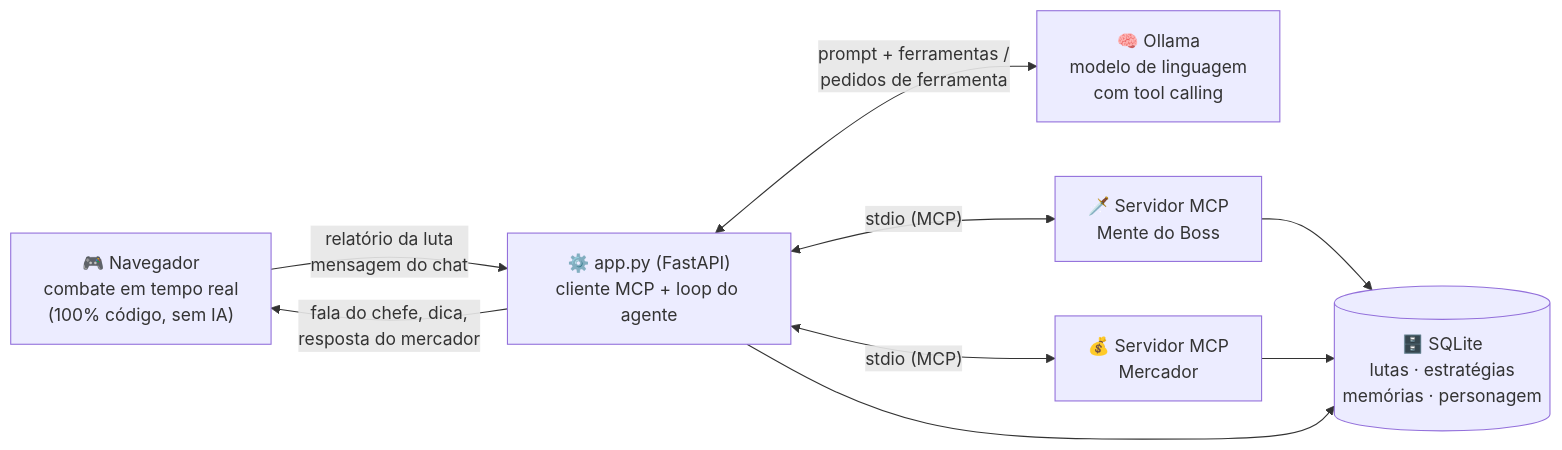
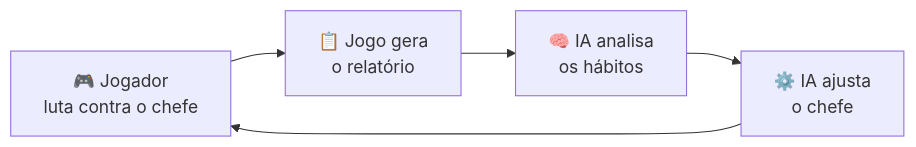
The first of 3 diagrams in docs/fluxograma_ia.md (RadierFalk/cinzas_de_morgorth), drawn with Mermaid before and after one commit. The commit also changed other lines of this file and 8 other files, not shown here.

````diff
--- a/docs/fluxograma_ia.md
+++ b/docs/fluxograma_ia.md
@@ -12,18 +11,7 @@
 ```mermaid
 flowchart LR
-    J["🎮 Navegador<br/>combate em tempo real<br/>(100% código, sem IA)"]
-    A["⚙️ app.py (FastAPI)<br/>cliente MCP + loop do agente"]
-    O["🧠 Ollama<br/>modelo de linguagem<br/>com tool calling"]
-    B["🗡️ Servidor MCP<br/>Mente do Boss"]
-    M["💰 Servidor MCP<br/>Mercador"]
-    D[("🗄️ SQLite<br/>lutas · estratégias<br/>memórias · personagem")]
-
-    J -- "relatório da luta<br/>mensagem do chat" --> A
-    A -- "fala do chefe, dica,<br/>resposta do mercador" --> J
-    A <-- "prompt + ferramentas /<br/>pedidos de ferramenta" --> O
-    A <-- "stdio (MCP)" --> B
-    A <-- "stdio (MCP)" --> M
-    B --> D
-    M --> D
-    A --> D
+    A["🎮 Jogador<br/>luta contra o chefe"] --> B["📋 Jogo gera<br/>o relatório"]
+    B --> C["🧠 IA analisa<br/>os hábitos"]
+    C --> D["⚙️ IA ajusta<br/>o chefe"]
+    D --> A
 ```
````
